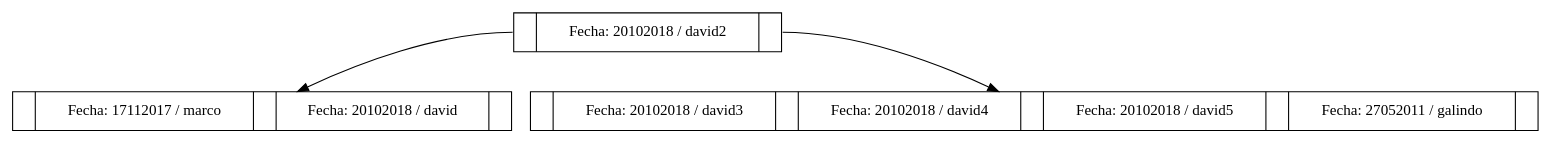
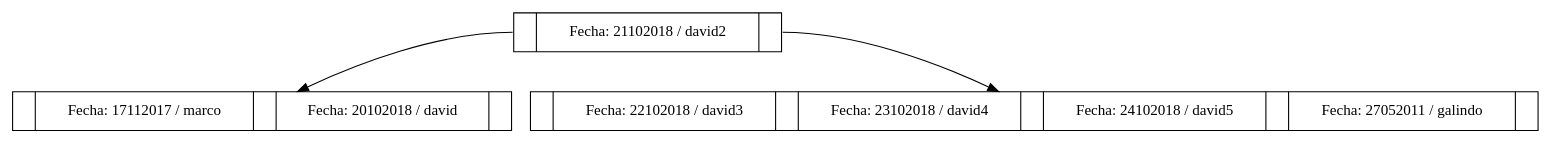
Before and after one commit to EstrellitaArmas/Proyecto2s22017_201212919: the diagram in arbolBHistorial.dot, drawn with Graphviz. The commit also changed 18 other files, not shown here.

```diff
--- a/arbolBHistorial.dot
+++ b/arbolBHistorial.dot
@@ -1,9 +1,9 @@
 digraph G{
 node [shape = record];
 rankdir = TD;
-activo_david2 [label= "<r0> | <cl1>Fecha: 20102018 / david2 &#92; | <r1> "];
+activo_david2 [label= "<r0> | <cl1>Fecha: 21102018 / david2 &#92; | <r1> "];
 activo_david2:r0 -> activo_marco;
 activo_david2:r1 -> activo_david3;
 activo_marco [label= "<r0> | <cl1>Fecha: 17112017 / marco &#92; | <r1> | <cl2>Fecha: 20102018 / david &#92; | <r2> "];
-activo_david3 [label= "<r0> | <cl1>Fecha: 20102018 / david3 &#92; | <r1> | <cl2>Fecha: 20102018 / david4 &#92; | <r2> | <cl3>Fecha: 20102018 / david5 &#92; | <r3> | <cl4>Fecha: 27052011 / galindo &#92; | <r4> "];
+activo_david3 [label= "<r0> | <cl1>Fecha: 22102018 / david3 &#92; | <r1> | <cl2>Fecha: 23102018 / david4 &#92; | <r2> | <cl3>Fecha: 24102018 / david5 &#92; | <r3> | <cl4>Fecha: 27052011 / galindo &#92; | <r4> "];
 }
```
